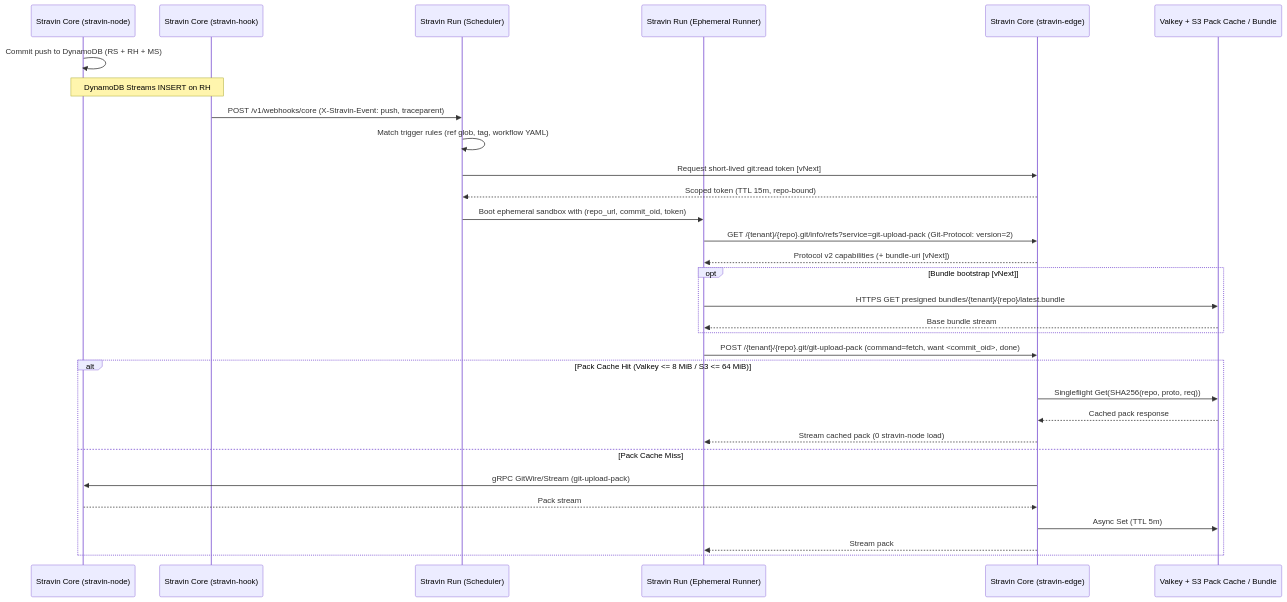
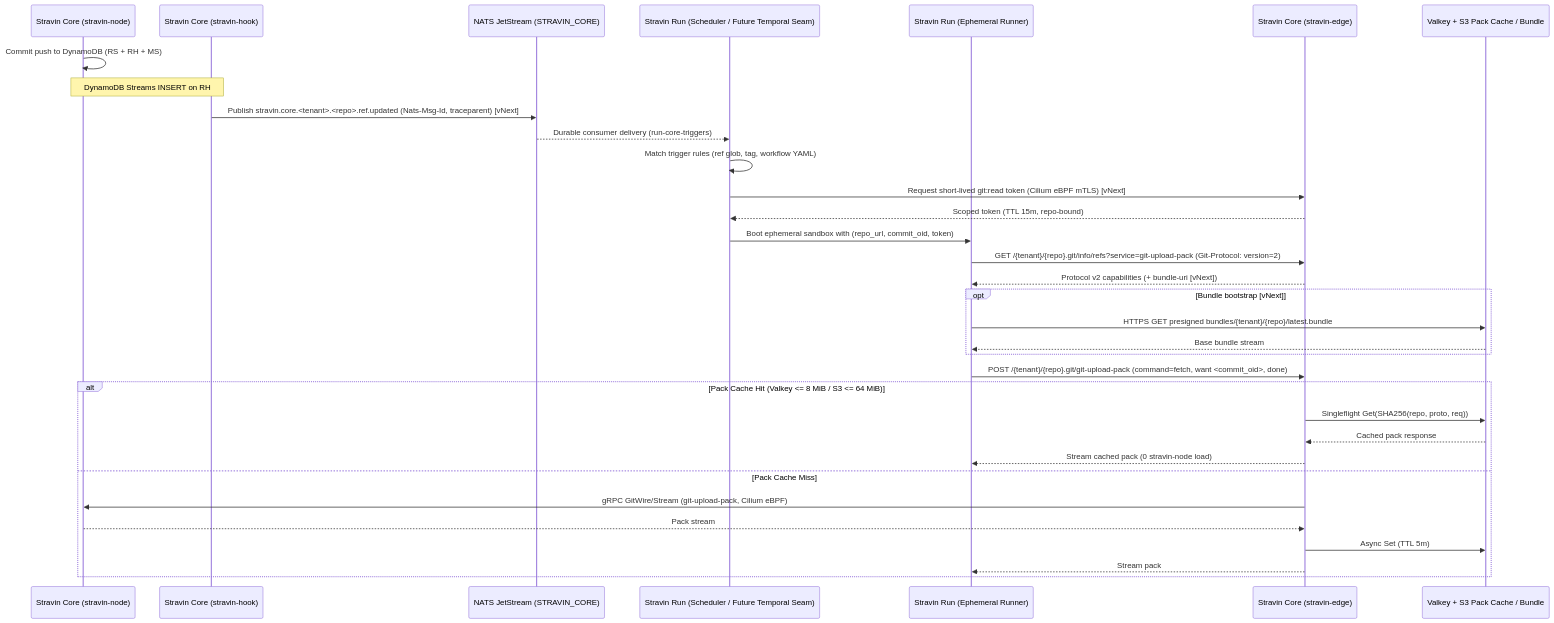
One commit to stravin-dev/architecture changed the diagram in docs/interfaces/core-run.md. Above: the diagram before and after it, drawn with Mermaid. The commit also changed other lines of this file and 13 other files, not shown here.

Commit message:
docs: add ADR-0001 (Cilium, NATS JetStream, External Webhooks, Temporal seam) and update interface contracts

````diff
--- a/docs/interfaces/core-run.md
+++ b/docs/interfaces/core-run.md
@@ -16,35 +16,37 @@
 ```mermaid
 sequenceDiagram
     participant Node as Stravin Core (stravin-node)
     participant Hook as Stravin Core (stravin-hook)
-    participant Run as Stravin Run (Scheduler)
+    participant NATS as NATS JetStream (STRAVIN_CORE)
+    participant Run as Stravin Run (Scheduler / Future Temporal Seam)
     participant Runner as Stravin Run (Ephemeral Runner)
     participant Edge as Stravin Core (stravin-edge)
     participant Cache as Valkey + S3 Pack Cache / Bundle
 
     Node->>Node: Commit push to DynamoDB (RS + RH + MS)
     Note over Node,Hook: DynamoDB Streams INSERT on RH#s
-    Hook->>Run: POST /v1/webhooks/core (X-Stravin-Event: push, traceparent)
+    Hook->>NATS: Publish stravin.core.<tenant>.<repo>.ref.updated (Nats-Msg-Id, traceparent) [vNext]
+    NATS-->>Run: Durable consumer delivery (run-core-triggers)
     Run->>Run: Match trigger rules (ref glob, tag, workflow YAML)
-    Run->>Edge: Request short-lived git:read token [vNext]
+    Run->>Edge: Request short-lived git:read token (Cilium eBPF mTLS) [vNext]
     Edge-->>Run: Scoped token (TTL 15m, repo-bound)
     Run->>Runner: Boot ephemeral sandbox with (repo_url, commit_oid, token)
 
     Runner->>Edge: GET /{tenant}/{repo}.git/info/refs?service=git-upload-pack (Git-Protocol: version=2)
     Edge-->>Runner: Protocol v2 capabilities (+ bundle-uri [vNext])
     opt Bundle bootstrap [vNext]
         Runner->>Cache: HTTPS GET presigned bundles/{tenant}/{repo}/latest.bundle
         Cache-->>Runner: Base bundle stream
     end
     Runner->>Edge: POST /{tenant}/{repo}.git/git-upload-pack (command=fetch, want <commit_oid>, done)
     alt Pack Cache Hit (Valkey <= 8 MiB / S3 <= 64 MiB)
         Edge->>Cache: Singleflight Get(SHA256(repo, proto, req))
         Cache-->>Edge: Cached pack response
         Edge-->>Runner: Stream cached pack (0 stravin-node load)
     else Pack Cache Miss
-        Edge->>Node: gRPC GitWire/Stream (git-upload-pack)
+        Edge->>Node: gRPC GitWire/Stream (git-upload-pack, Cilium eBPF)
         Node-->>Edge: Pack stream
         Edge->>Cache: Async Set (TTL 5m)
         Edge-->>Runner: Stream pack
     end
 ```
````
